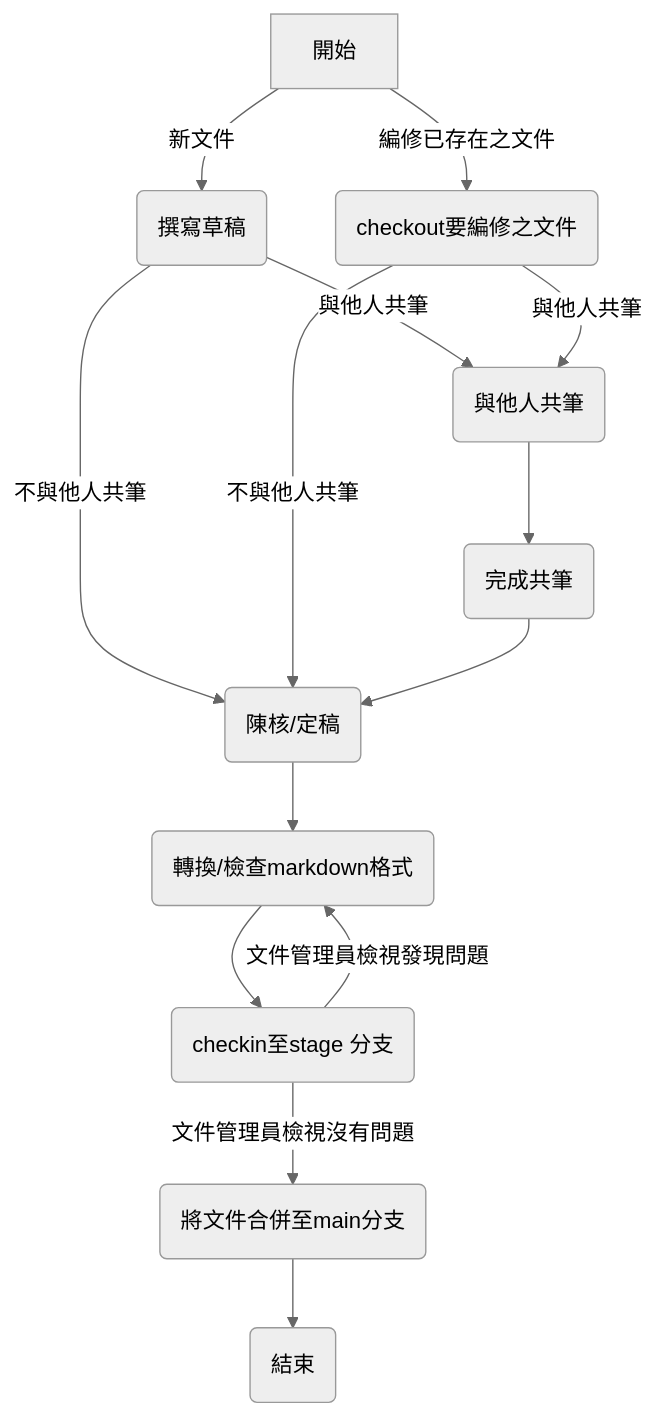
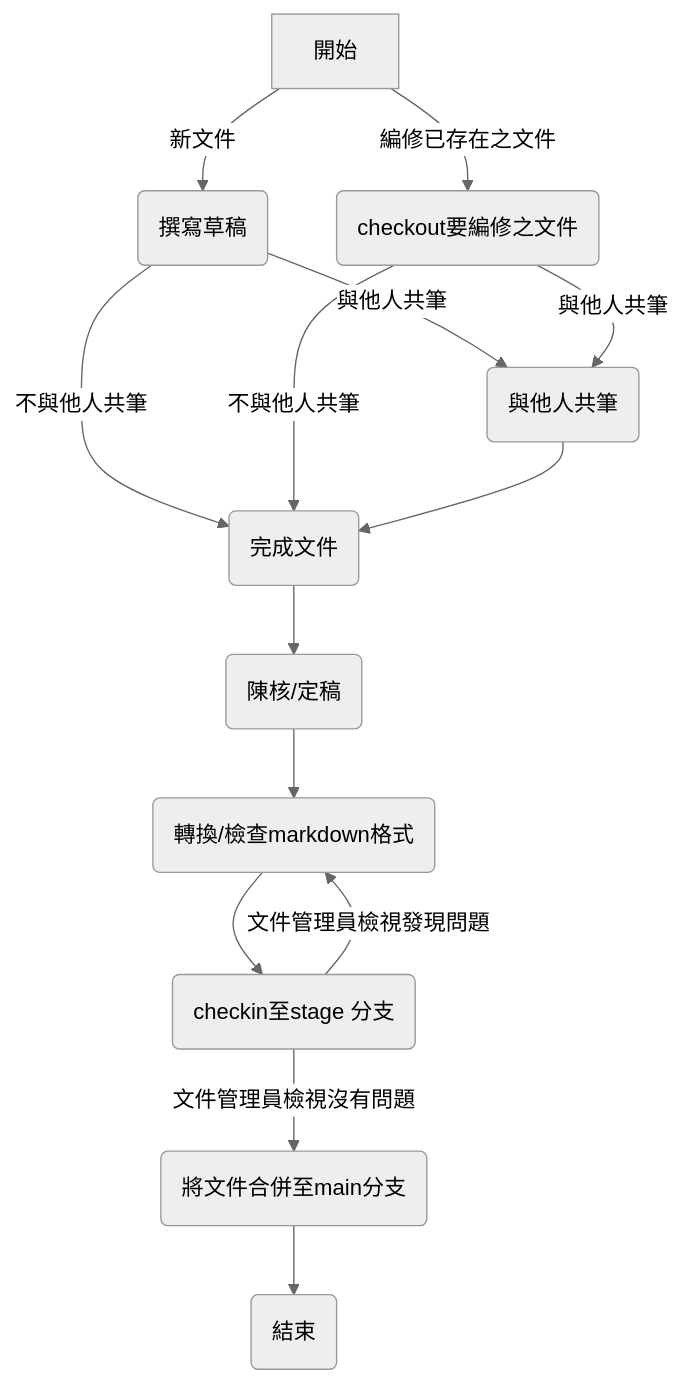
Before and after one commit to netlol/test22: the second of 2 diagrams in uu.md, drawn with Mermaid (neutral theme). The commit also changed other lines of this file, not shown here.

````diff
--- a/uu.md
+++ b/uu.md
@@ -10,16 +11,16 @@
 ```mermaid
 graph TD;
   A[開始] -->|新文件| B(撰寫草稿);
   A -->|編修已存在之文件| C(checkout要編修之文件);
   B -->|與他人共筆| D(與他人共筆);
-  B -->|不與他人共筆| F(陳核/定稿);
+  B -->|不與他人共筆| E(完成文件);
   C -->|與他人共筆| D(與他人共筆);
-  C -->|不與他人共筆| F;
-  D --> E(完成共筆);
-  E --> F;
+  C -->|不與他人共筆| E;
+  D --> E;
+  E --> F(陳核/定稿);
   F --> G(轉換/檢查markdown格式);
   G --> H(checkin至stage 分支);
   H -->|文件管理員檢視沒有問題| I(將文件合併至main分支);
   H -->|文件管理員檢視發現問題| G;
   I --> J(結束);
   ```
````
